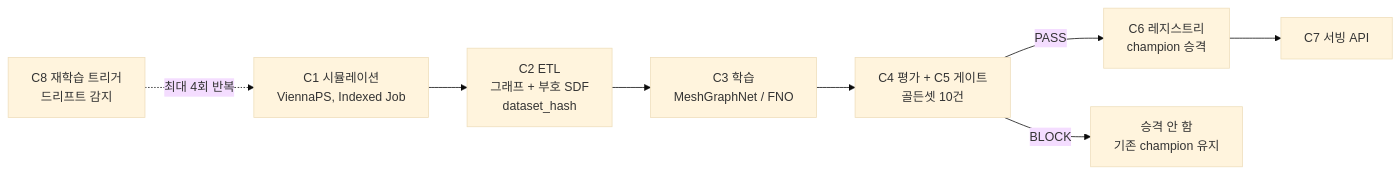
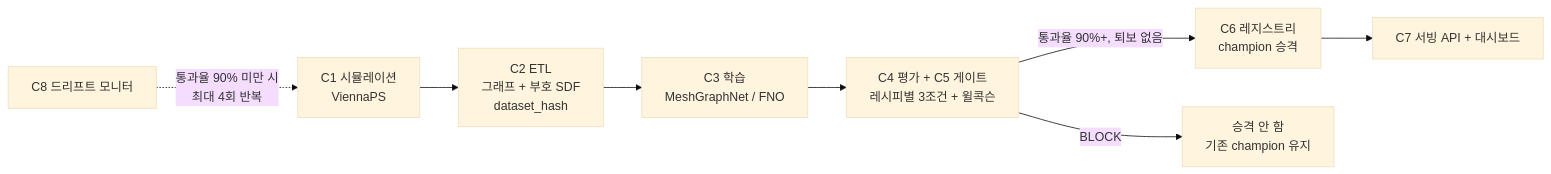
Before and after one commit to code5312/Automation-Project-etch-AI: the diagram in README.md, drawn with Mermaid (base theme). The commit also changed other lines of this file and 2 other files, not shown here.

````diff
--- a/README.md
+++ b/README.md
@@ -141,10 +153,10 @@
 ```mermaid
 flowchart LR
-  A["C1 시뮬레이션<br/>ViennaPS, Indexed Job"] --> B["C2 ETL<br/>그래프 + 부호 SDF<br/>dataset_hash"]
+  A["C1 시뮬레이션<br/>ViennaPS"] --> B["C2 ETL<br/>그래프 + 부호 SDF<br/>dataset_hash"]
   B --> C["C3 학습<br/>MeshGraphNet / FNO"]
-  C --> D["C4 평가 + C5 게이트<br/>골든셋 10건"]
-  D -->|PASS| E["C6 레지스트리<br/>champion 승격"]
-  E --> F["C7 서빙 API"]
+  C --> D["C4 평가 + C5 게이트<br/>레시피별 3조건 + 윌콕슨"]
+  D -->|통과율 90%+, 퇴보 없음| E["C6 레지스트리<br/>champion 승격"]
+  E --> F["C7 서빙 API + 대시보드"]
   D -->|BLOCK| G["승격 안 함<br/>기존 champion 유지"]
-  H["C8 재학습 트리거<br/>드리프트 감지"] -.->|"최대 4회 반복"| A
+  H["C8 드리프트 모니터"] -.->|"통과율 90% 미만 시<br/>최대 4회 반복"| A
 ```
````
